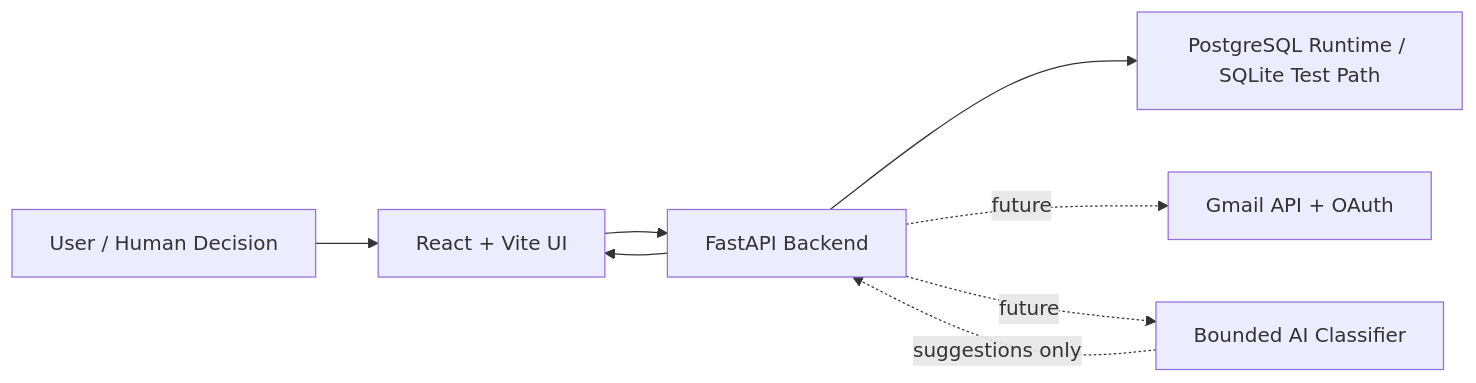
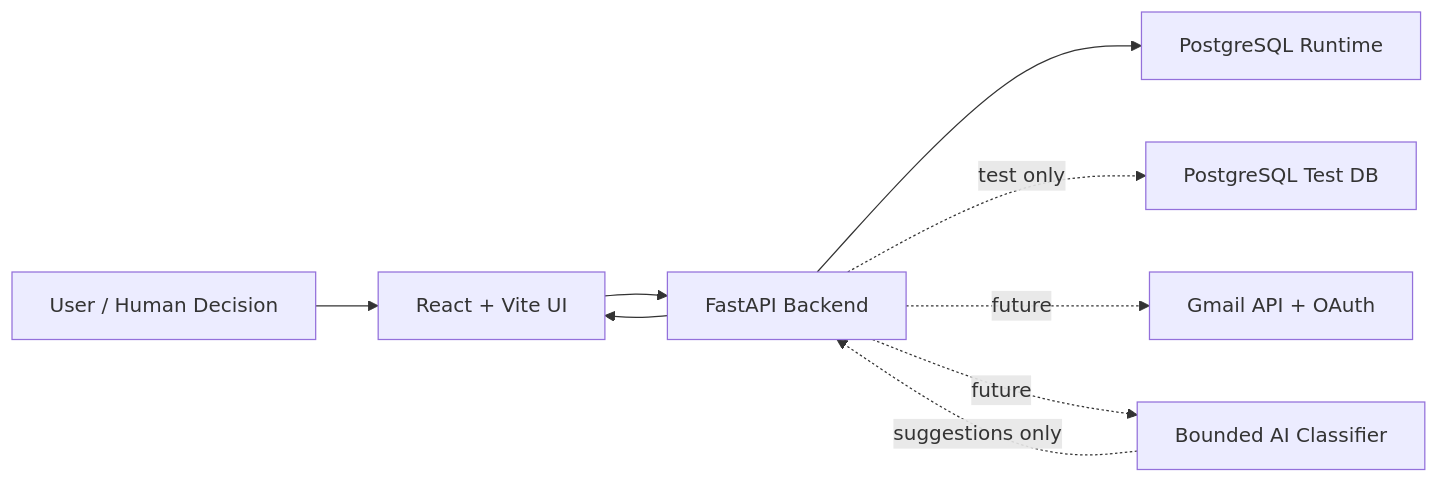
Before and after one commit to cashmy/SANE: the diagram in README.md, drawn with Mermaid. The commit also changed other lines of this file and 31 other files, not shown here.

First line of the commit message:
feat(db): PostgreSQL-only runtime, account/mailbox model foundation (A35/07b–A42/07e)

````diff
--- a/README.md
+++ b/README.md
@@ -46,11 +46,12 @@
 ```mermaid
 flowchart LR
     User["User / Human Decision"] --> UI["React + Vite UI"]
     UI --> API["FastAPI Backend"]
-  API --> DB["PostgreSQL Runtime / SQLite Test Path"]
+    API --> DB["PostgreSQL Runtime"]
+  API -. "test only" .-> TestDB["PostgreSQL Test DB"]
 
     API -. "future" .-> Gmail["Gmail API + OAuth"]
     API -. "future" .-> AI["Bounded AI Classifier"]
     AI -. "suggestions only" .-> API
     API --> UI
 ```
````
